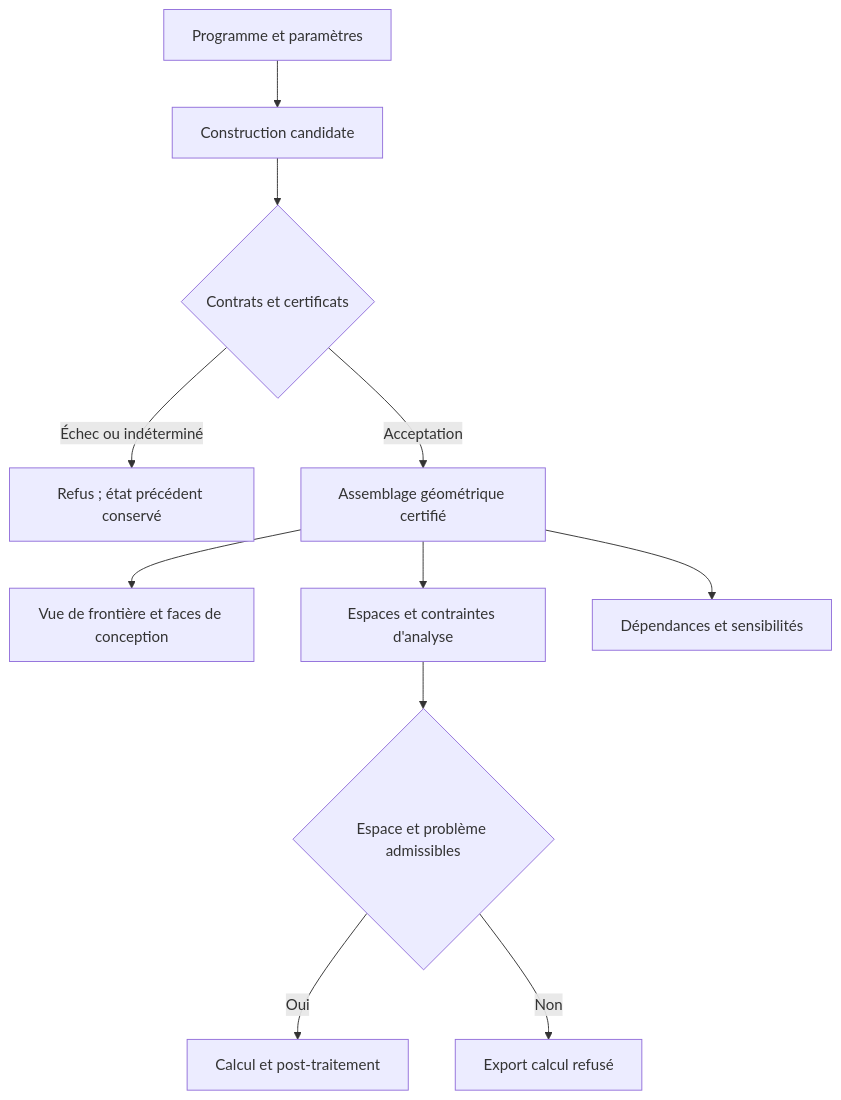
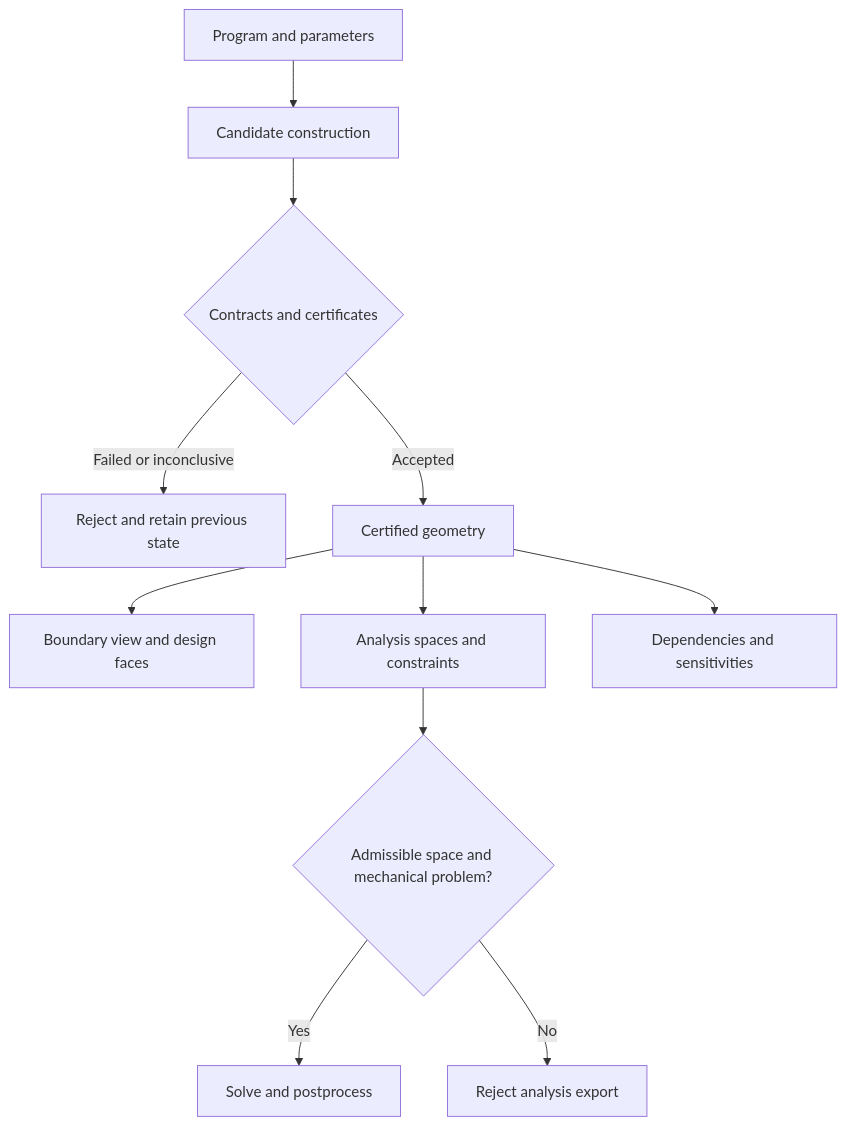
Before and after one commit to jeffwitz/SolidCraftTrivariate: the diagram in CdC_noyau_trivarie_sans_trim_corrige.md, drawn with Mermaid. The commit also changed other lines of this file and 42 other files, not shown here.

````diff
--- a/CdC_noyau_trivarie_sans_trim_corrige.md
+++ b/CdC_noyau_trivarie_sans_trim_corrige.md
@@ -154,13 +136,13 @@
 ```mermaid
 flowchart TD
-    P["Programme et paramètres"] --> C["Construction candidate"]
-    C --> V{"Contrats et certificats"}
-    V -->|"Échec ou indéterminé"| R["Refus ; état précédent conservé"]
-    V -->|"Acceptation"| A["Assemblage géométrique certifié"]
-    A --> B["Vue de frontière et faces de conception"]
-    A --> M["Espaces et contraintes d'analyse"]
-    A --> D["Dépendances et sensibilités"]
-    M --> E{"Espace et problème admissibles"}
-    E -->|"Oui"| S["Calcul et post-traitement"]
-    E -->|"Non"| F["Export calcul refusé"]
+    P["Program and parameters"] --> C["Candidate construction"]
+    C --> V{"Contracts and certificates"}
+    V -->|"Failed or inconclusive"| R["Reject and retain previous state"]
+    V -->|"Accepted"| A["Certified geometry"]
+    A --> B["Boundary view and design faces"]
+    A --> M["Analysis spaces and constraints"]
+    A --> D["Dependencies and sensitivities"]
+    M --> E{"Admissible space and mechanical problem?"}
+    E -->|"Yes"| S["Solve and postprocess"]
+    E -->|"No"| F["Reject analysis export"]
 ```
````
